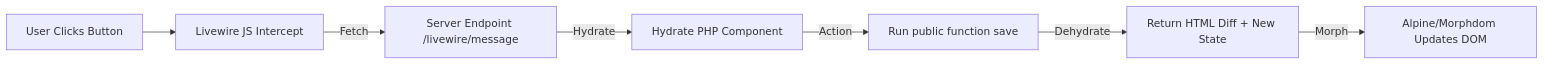
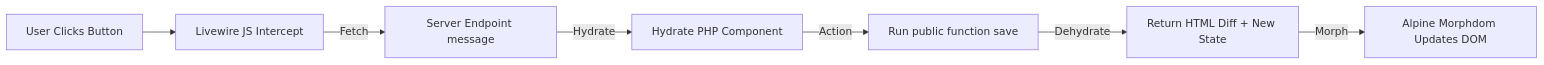
The second of 4 diagrams in diagrams/05-tall-stack-lifecycle.md (subhashladumor1/laravel-mastery-roadmap), drawn with Mermaid before and after one commit. The commit also changed other lines of this file and 6 other files, not shown here.

First line of the commit message:
diagram rich issue

````diff
--- a/diagrams/05-tall-stack-lifecycle.md
+++ b/diagrams/05-tall-stack-lifecycle.md
@@ -23,9 +23,9 @@
 ```mermaid
 graph LR
     User[User Clicks Button] --> JS[Livewire JS Intercept]
-    JS -->|Fetch| Server[Server Endpoint /livewire/message]
+    JS -->|Fetch| Server[Server Endpoint message]
     Server -->|Hydrate| Component[Hydrate PHP Component]
     Component -->|Action| Method[Run public function save]
     Method -->|Dehydrate| Response[Return HTML Diff + New State]
-    Response -->|Morph| DOM[Alpine/Morphdom Updates DOM]
+    Response -->|Morph| DOM[Alpine Morphdom Updates DOM]
 ```
````
